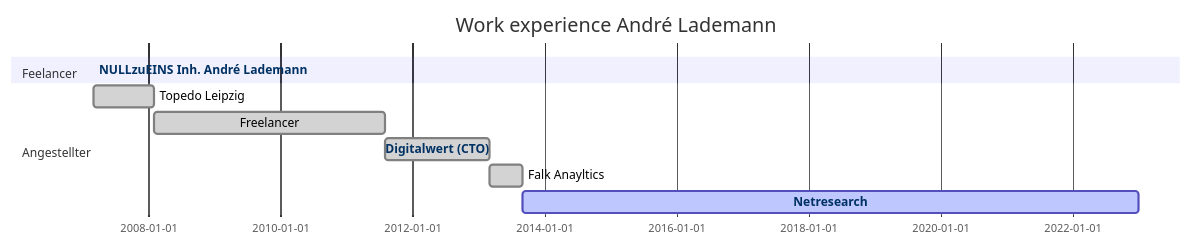
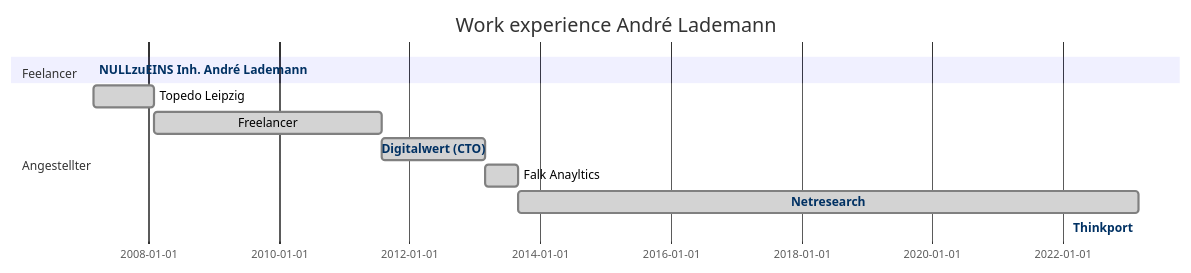
Before and after one commit to vergissberlin/vergissberlin: the diagram in README.md, drawn with Mermaid.

Commit message:
Add thinkport

````diff
--- a/README.md
+++ b/README.md
@@ -99,20 +99,22 @@
 ```mermaid
 gantt
 	dateFormat YYYY-MM-DD
 	title      Work experience André Lademann
 
 	section Feelancer 
 		NULLzuEINS Inh. André Lademann  :active,  free1, 2007-03, today
 		click free1 href "https://nullzueins.com"
 	
 	section Angestellter
 		Topedo Leipzig    :done, emp1, 2007-03-01, 2008-02-01
 		Freelancer        :done, emp2, after emp1, 2011-08-01
 		Digitalwert (CTO) :done, emp3, after emp2, 2013-03-01
 		Falk Anayltics    :done, emp4, after emp3, 2013-09-01
-		Netresearch       :active, emp5, after emp4, 2022-12-31
+		Netresearch       :done, emp5, after emp4, 2023-02-28
+		Thinkport         :active, emp6, after emp5, 2023-03-01
 	
 		click emp3 href "https://torpedo-motor.com"
 		click emp3 href "https://digitalwert.de"
 		click emp5 href "https://netresearch.de"
+		click emp6 href "https://thinkport.digital"
 ```
````
